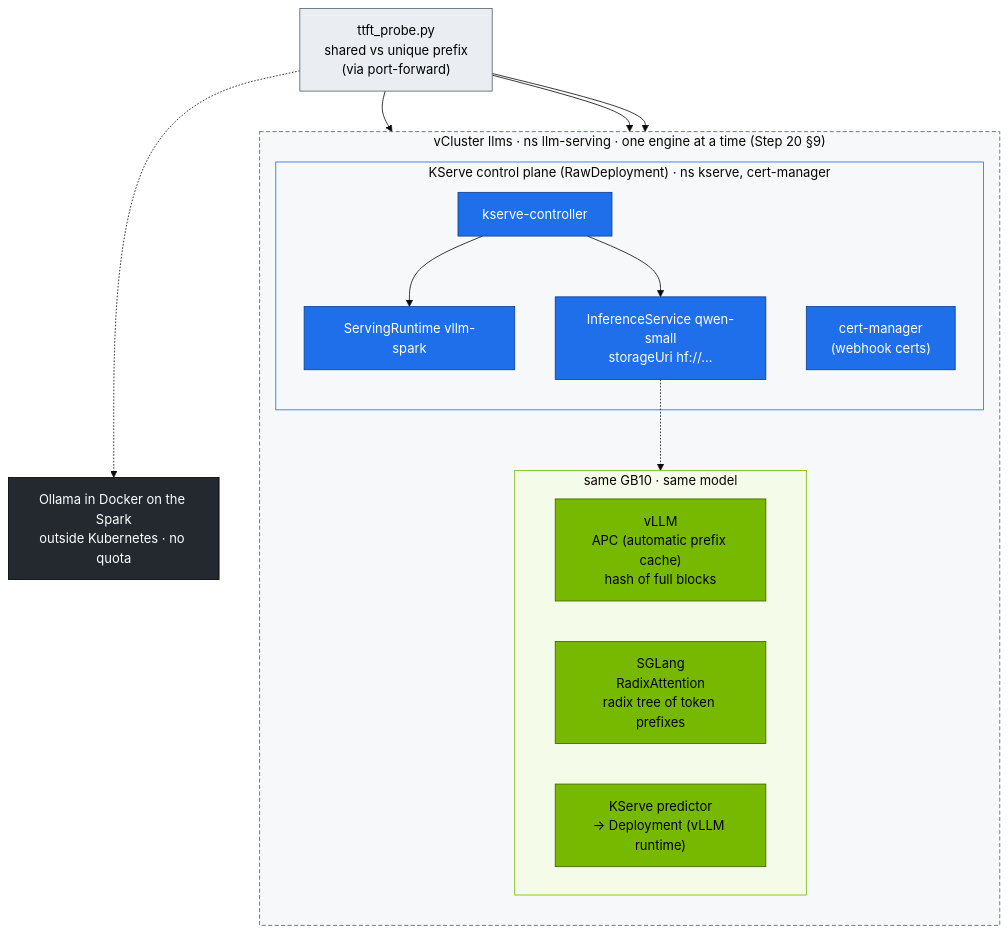
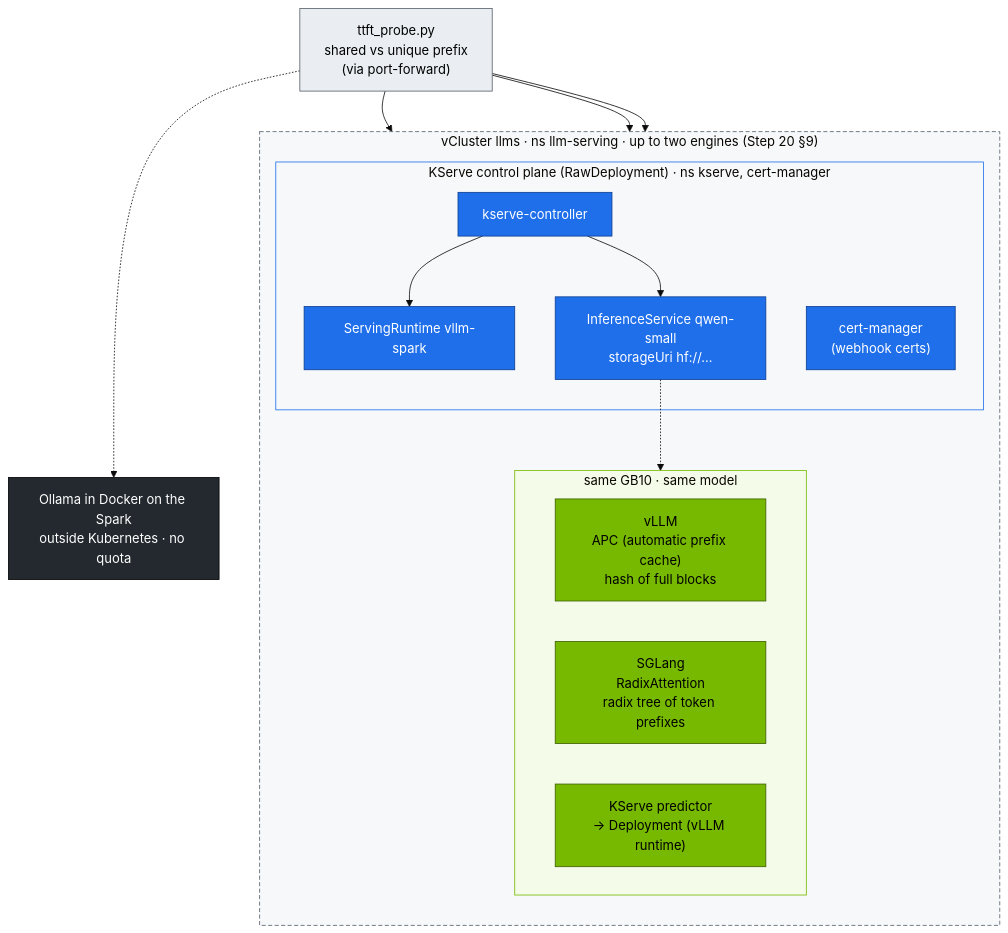
One commit to cloudone365/technical-depth changed the diagram in 02-Kubernetes/22-llm-inference-alternatives-and-kserve.md. Above: the diagram before and after it, drawn with Mermaid (base theme). The commit also changed other lines of this file and 48 other files, not shown here.

````diff
--- a/02-Kubernetes/22-llm-inference-alternatives-and-kserve.md
+++ b/02-Kubernetes/22-llm-inference-alternatives-and-kserve.md
@@ -52,32 +52,32 @@
 ```mermaid
 flowchart TB
-  subgraph LLMS["vCluster llms · ns llm-serving · one engine at a time (Step 20 §9)"]
+  subgraph LLMS["vCluster llms · ns llm-serving · up to two engines (Step 20 §9)"]
     direction TB
     subgraph SAME["same GB10 · same model"]
       direction LR
       V["vLLM<br/>APC (automatic prefix cache)<br/>hash of full blocks"]
       SG["SGLang<br/>RadixAttention<br/>radix tree of token prefixes"]
       KS["KServe predictor<br/>→ Deployment (vLLM runtime)"]
     end
     subgraph KSERVE["KServe control plane (RawDeployment) · ns kserve, cert-manager"]
       CTRL["kserve-controller"] --> SR["ServingRuntime vllm-spark"]
       CTRL --> ISVC["InferenceService qwen-small<br/>storageUri hf://…"]
       CM["cert-manager<br/>(webhook certs)"]
     end
     ISVC -.-> KS
   end
   PROBE["ttft_probe.py<br/>shared vs unique prefix<br/>(via port-forward)"] --> V & SG & KS
   HOST["Ollama in Docker on the Spark<br/>outside Kubernetes · no quota"]
   PROBE -.-> HOST
   classDef gpu fill:#76b900,stroke:#3d6000,color:#000
   classDef ctrl fill:#1f6feb,stroke:#0b3d91,color:#fff
   classDef tenant fill:#eaeef2,stroke:#57606a,color:#000
   classDef ext fill:#24292f,stroke:#000,color:#fff
   class V,SG,KS gpu
   class CTRL,SR,ISVC,CM ctrl
   class PROBE tenant
   class HOST ext
   style SAME fill:#f4fbe8,stroke:#76b900
   style KSERVE fill:#f6f8fa,stroke:#1f6feb
   style LLMS fill:#f6f8fa,stroke:#57606a,stroke-dasharray:5 3
 ```
````
